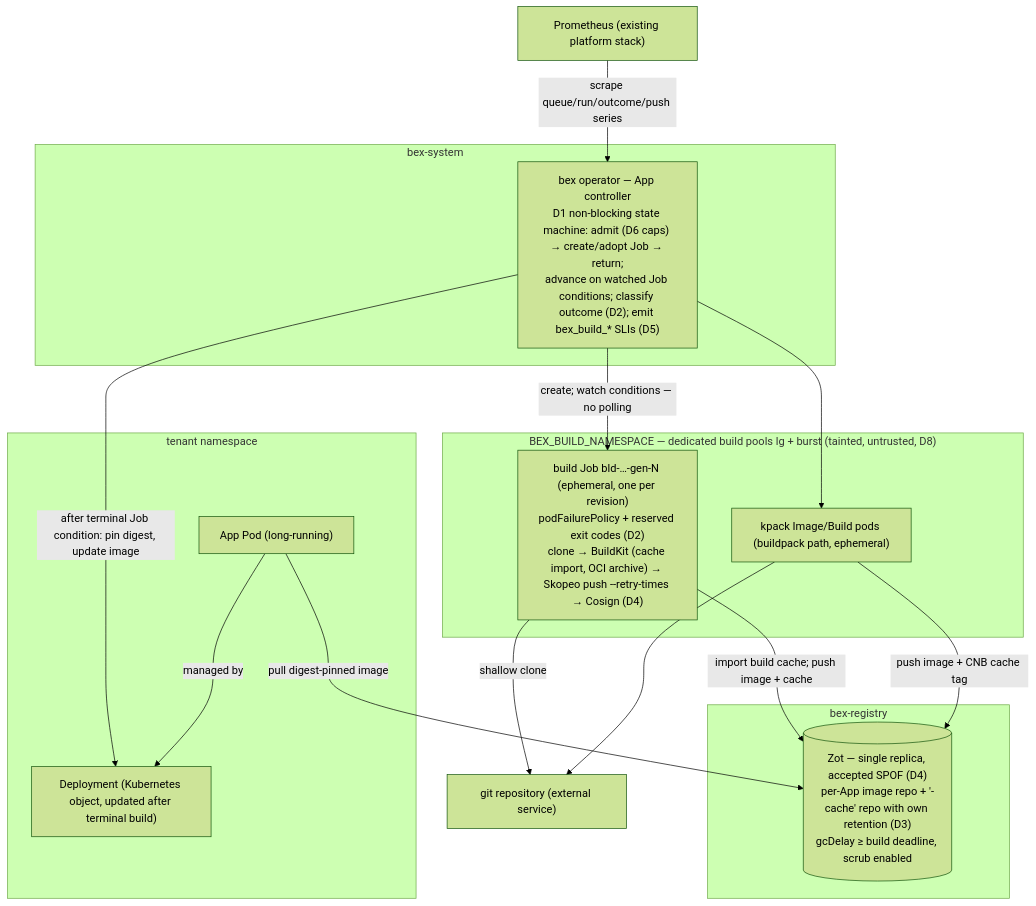
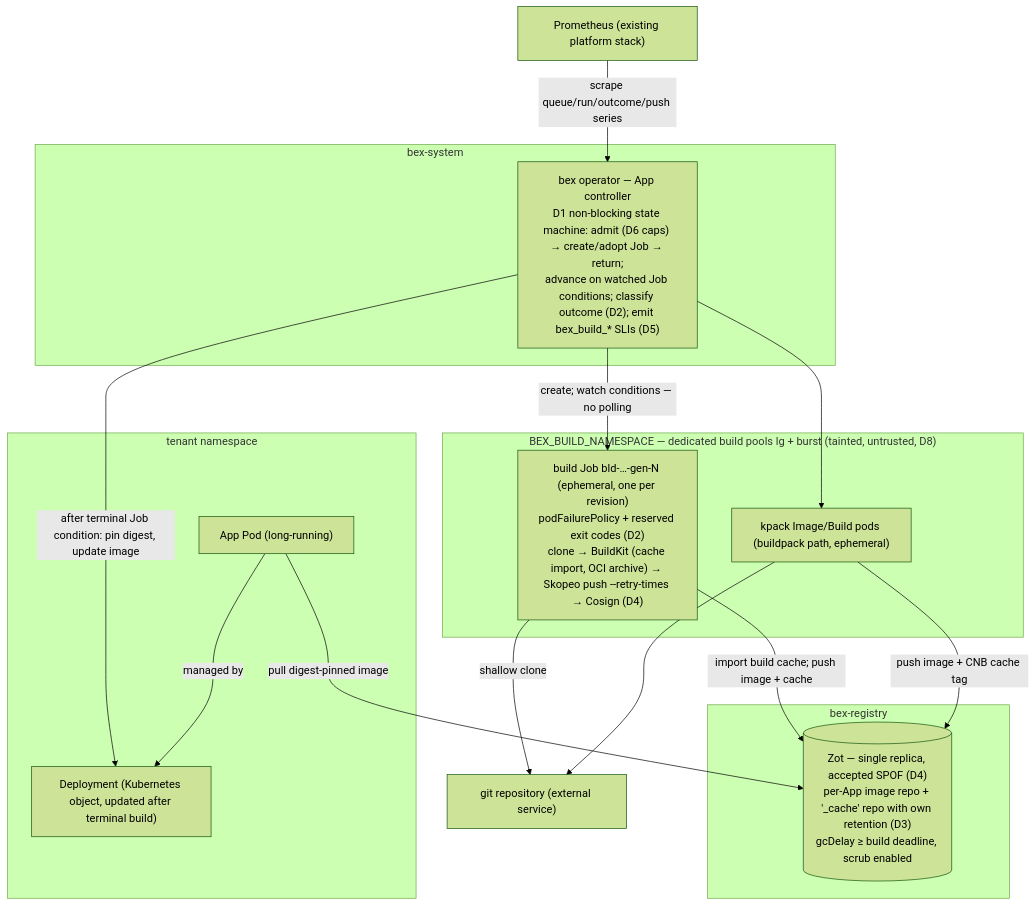
Before and after one commit to bex-co/bex: the diagram in docs/ADR060-build-worker-reliability-and-performance.md, drawn with Mermaid (forest theme). The commit also changed other lines of this file and 22 other files, not shown here.

````diff
--- a/docs/ADR060-build-worker-reliability-and-performance.md
+++ b/docs/ADR060-build-worker-reliability-and-performance.md
@@ -37,34 +37,34 @@
 ```mermaid
 flowchart TB
   git["git repository (external service)"]
   prom["Prometheus (existing platform stack)"]
 
   subgraph bexsystem["bex-system"]
     operator["bex operator — App controller<br/>D1 non-blocking state machine: admit (D6 caps) → create/adopt Job → return;<br/>advance on watched Job conditions; classify outcome (D2); emit bex_build_* SLIs (D5)"]
   end
 
   subgraph buildns["BEX_BUILD_NAMESPACE — dedicated build pools lg + burst (tainted, untrusted, D8)"]
     job["build Job bld-…-gen-N (ephemeral, one per revision)<br/>podFailurePolicy + reserved exit codes (D2)<br/>clone → BuildKit (cache import, OCI archive) → Skopeo push --retry-times → Cosign (D4)"]
     kpack["kpack Image/Build pods (buildpack path, ephemeral)"]
   end
 
   subgraph reg["bex-registry"]
-    zot[("Zot — single replica, accepted SPOF (D4)<br/>per-App image repo + '-cache' repo with own retention (D3)<br/>gcDelay ≥ build deadline, scrub enabled")]
+    zot[("Zot — single replica, accepted SPOF (D4)<br/>per-App image repo + '_cache' repo with own retention (D3)<br/>gcDelay ≥ build deadline, scrub enabled")]
   end
 
   subgraph tenantns["tenant namespace"]
     deploy["Deployment (Kubernetes object, updated after terminal build)"]
     apppod["App Pod (long-running)"]
   end
 
   operator -->|"create; watch conditions — no polling"| job
   operator --> kpack
   operator -->|"after terminal Job condition: pin digest, update image"| deploy
   job -->|"shallow clone"| git
   job -->|"import build cache; push image + cache"| zot
   kpack --> git
   kpack -->|"push image + CNB cache tag"| zot
   apppod -->|"managed by"| deploy
   apppod -->|"pull digest-pinned image"| zot
   prom -->|"scrape queue/run/outcome/push series"| operator
 ```
````
